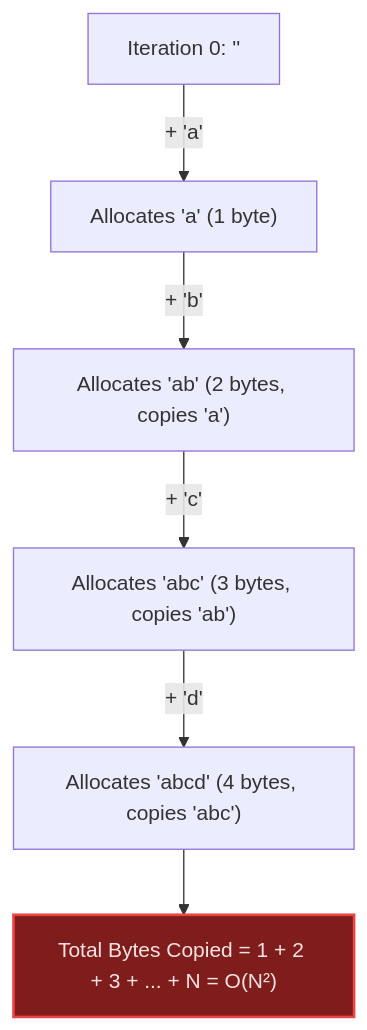
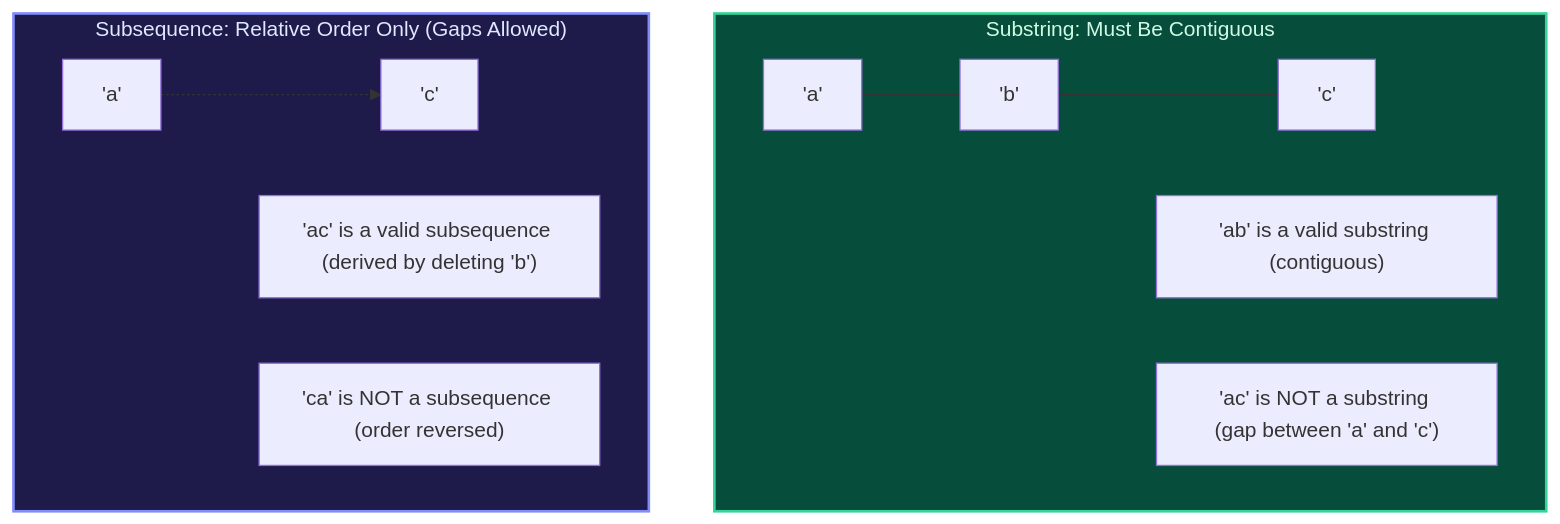
One commit to 1345AbhishekKumar/cs-cookbook changed the eighth of 14 diagrams in content/docs/dsa/01-foundations-and-linear-structures/03-strings-and-string-manipulation.mdx. Above: the diagram before and after it, drawn with Mermaid. The commit also changed other lines of this file and 211 other files, not shown here.

````diff
--- a/content/docs/dsa/01-foundations-and-linear-structures/03-strings-and-string-manipulation.mdx
+++ b/content/docs/dsa/01-foundations-and-linear-structures/03-strings-and-string-manipulation.mdx
@@ -90,10 +444,19 @@
 ```mermaid
 flowchart TD
-    S0["Iteration 0: ''"] -->|+ 'a'| S1["Allocates 'a' (1 byte)"]
-    S1 -->|+ 'b'| S2["Allocates 'ab' (2 bytes, copies 'a')"]
-    S2 -->|+ 'c'| S3["Allocates 'abc' (3 bytes, copies 'ab')"]
-    S3 -->|+ 'd'| S4["Allocates 'abcd' (4 bytes, copies 'abc')"]
-    S4 --> Action["Total Bytes Copied = 1 + 2 + 3 + ... + N = O(N²)"]
+    subgraph SubstringDef["Substring: Must Be Contiguous"]
+        direction LR
+        S1["'a'"] --- S2["'b'"] --- S3["'c'"]
+        Sub1["'ab' is a valid substring (contiguous)"]
+        Sub2["'ac' is NOT a substring (gap between 'a' and 'c')"]
+    end
 
-    style Action fill:#7f1d1d,stroke:#ef4444,stroke-width:2px,color:#fee2e2
+    subgraph SubsequenceDef["Subsequence: Relative Order Only (Gaps Allowed)"]
+        direction LR
+        Q1["'a'"] -.-> Q2["'c'"]
+        Seq1["'ac' is a valid subsequence (derived by deleting 'b')"]
+        Seq2["'ca' is NOT a subsequence (order reversed)"]
+    end
+
+    style SubstringDef fill:#064e3b,stroke:#34d399,stroke-width:2px,color:#d1fae5
+    style SubsequenceDef fill:#1e1b4b,stroke:#818cf8,stroke-width:2px,color:#e0e7ff
 ```
````
